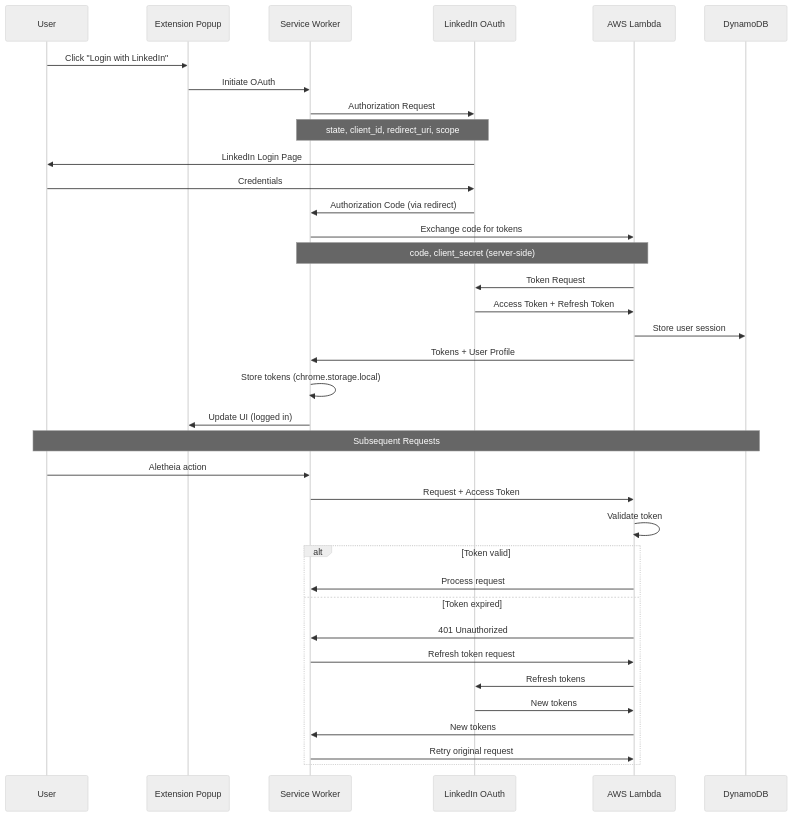
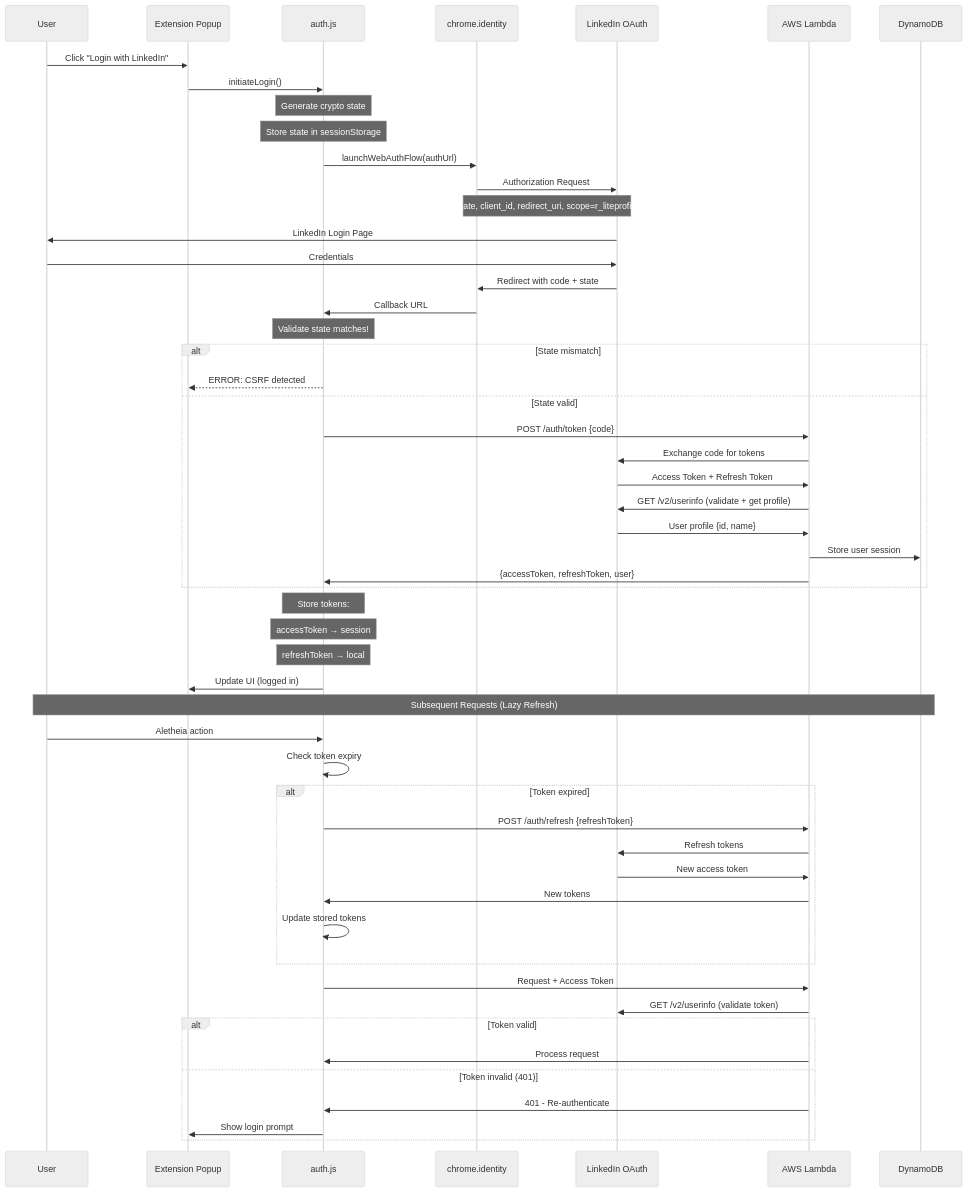
One commit to martymcenroe/Aletheia changed the diagram in docs/1116-linkedin-oauth.md. Above: the diagram before and after it, drawn with Mermaid (neutral theme). The commit also changed other lines of this file, not shown here.

First line of the commit message:
docs: revise LLD 1116 per architect review (ref #116)

````diff
--- a/docs/1116-linkedin-oauth.md
+++ b/docs/1116-linkedin-oauth.md
@@ -74,44 +76,62 @@
 ```mermaid
 sequenceDiagram
     participant User
     participant Popup as Extension Popup
-    participant SW as Service Worker
+    participant Auth as auth.js
+    participant Chrome as chrome.identity
     participant LI as LinkedIn OAuth
     participant Lambda as AWS Lambda
     participant DB as DynamoDB
 
     User->>Popup: Click "Login with LinkedIn"
-    Popup->>SW: Initiate OAuth
+    Popup->>Auth: initiateLogin()
 
-    SW->>LI: Authorization Request
-    Note over SW,LI: state, client_id, redirect_uri, scope
+    Note over Auth: Generate crypto state
+    Note over Auth: Store state in sessionStorage
+
+    Auth->>Chrome: launchWebAuthFlow(authUrl)
+    Chrome->>LI: Authorization Request
+    Note over Chrome,LI: state, client_id, redirect_uri, scope=r_liteprofile
     LI->>User: LinkedIn Login Page
     User->>LI: Credentials
-    LI->>SW: Authorization Code (via redirect)
+    LI->>Chrome: Redirect with code + state
+    Chrome->>Auth: Callback URL
 
-    SW->>Lambda: Exchange code for tokens
-    Note over SW,Lambda: code, client_secret (server-side)
-    Lambda->>LI: Token Request
-    LI->>Lambda: Access Token + Refresh Token
-    Lambda->>DB: Store user session
-    Lambda->>SW: Tokens + User Profile
+    Note over Auth: Validate state matches!
+    alt State mismatch
+        Auth-->>Popup: ERROR: CSRF detected
+    else State valid
+        Auth->>Lambda: POST /auth/token {code}
+        Lambda->>LI: Exchange code for tokens
+        LI->>Lambda: Access Token + Refresh Token
+        Lambda->>LI: GET /v2/userinfo (validate + get profile)
+        LI->>Lambda: User profile {id, name}
+        Lambda->>DB: Store user session
+        Lambda->>Auth: {accessToken, refreshToken, user}
+    end
 
-    SW->>SW: Store tokens (chrome.storage.local)
-    SW->>Popup: Update UI (logged in)
+    Note over Auth: Store tokens:
+    Note over Auth: accessToken → session
+    Note over Auth: refreshToken → local
+    Auth->>Popup: Update UI (logged in)
 
-    Note over User,DB: Subsequent Requests
+    Note over User,DB: Subsequent Requests (Lazy Refresh)
 
-    User->>SW: Aletheia action
-    SW->>Lambda: Request + Access Token
-    Lambda->>Lambda: Validate token
+    User->>Auth: Aletheia action
+    Auth->>Auth: Check token expiry
+    alt Token expired
+        Auth->>Lambda: POST /auth/refresh {refreshToken}
+        Lambda->>LI: Refresh tokens
+        LI->>Lambda: New access token
+        Lambda->>Auth: New tokens
+        Auth->>Auth: Update stored tokens
+    end
+    Auth->>Lambda: Request + Access Token
+    Lambda->>LI: GET /v2/userinfo (validate token)
     alt Token valid
-        Lambda->>SW: Process request
-    else Token expired
-        Lambda->>SW: 401 Unauthorized
-        SW->>Lambda: Refresh token request
-        Lambda->>LI: Refresh tokens
-        LI->>Lambda: New tokens
-        Lambda->>SW: New tokens
-        SW->>Lambda: Retry original request
+        Lambda->>Auth: Process request
+    else Token invalid (401)
+        Lambda->>Auth: 401 - Re-authenticate
+        Auth->>Popup: Show login prompt
     end
 ```
````
